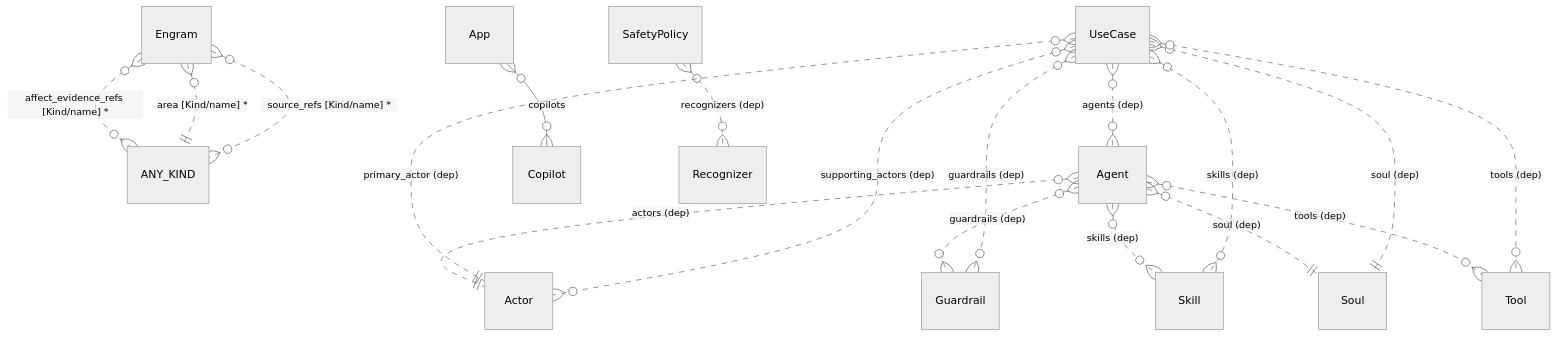
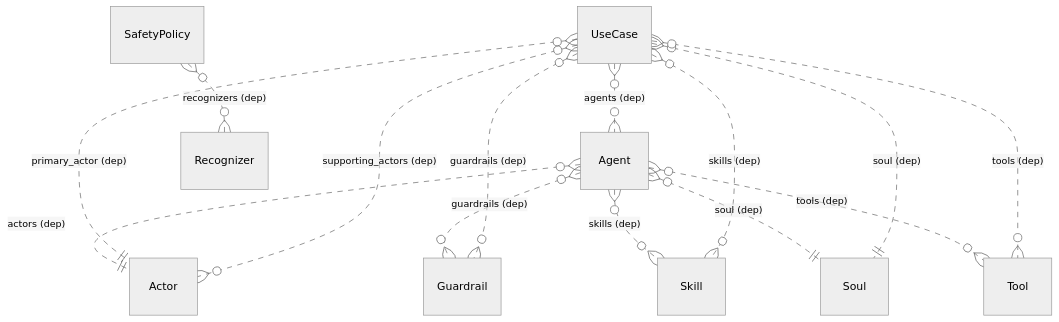
One commit to ruinosus/dna changed the fifth of 11 diagrams in docs/reference/data-model.md. Above: the diagram before and after it, drawn with Mermaid (neutral theme). The commit also changed other lines of this file and 694 other files, not shown here.

````diff
--- a/docs/reference/data-model.md
+++ b/docs/reference/data-model.md
@@ -127,33 +186,25 @@
 ```mermaid
 erDiagram
-    ANY_KIND
     Actor
     Agent
-    App
-    Copilot
-    Engram
     Guardrail
     Recognizer
     SafetyPolicy
     Skill
     Soul
     Tool
     UseCase
     Agent }o..|| Actor : "actors (dep)"
     Agent }o..}o Guardrail : "guardrails (dep)"
     Agent }o..}o Skill : "skills (dep)"
     Agent }o..|| Soul : "soul (dep)"
     Agent }o..}o Tool : "tools (dep)"
-    App }o--}o Copilot : "copilots"
-    Engram }o..}o ANY_KIND : "affect_evidence_refs [Kind/name] *"
-    Engram }o..|| ANY_KIND : "area [Kind/name] *"
-    Engram }o..}o ANY_KIND : "source_refs [Kind/name] *"
     SafetyPolicy }o..}o Recognizer : "recognizers (dep)"
     UseCase }o..}o Agent : "agents (dep)"
     UseCase }o..}o Guardrail : "guardrails (dep)"
     UseCase }o..|| Actor : "primary_actor (dep)"
     UseCase }o..}o Skill : "skills (dep)"
     UseCase }o..|| Soul : "soul (dep)"
     UseCase }o..}o Actor : "supporting_actors (dep)"
     UseCase }o..}o Tool : "tools (dep)"
 ```
````
